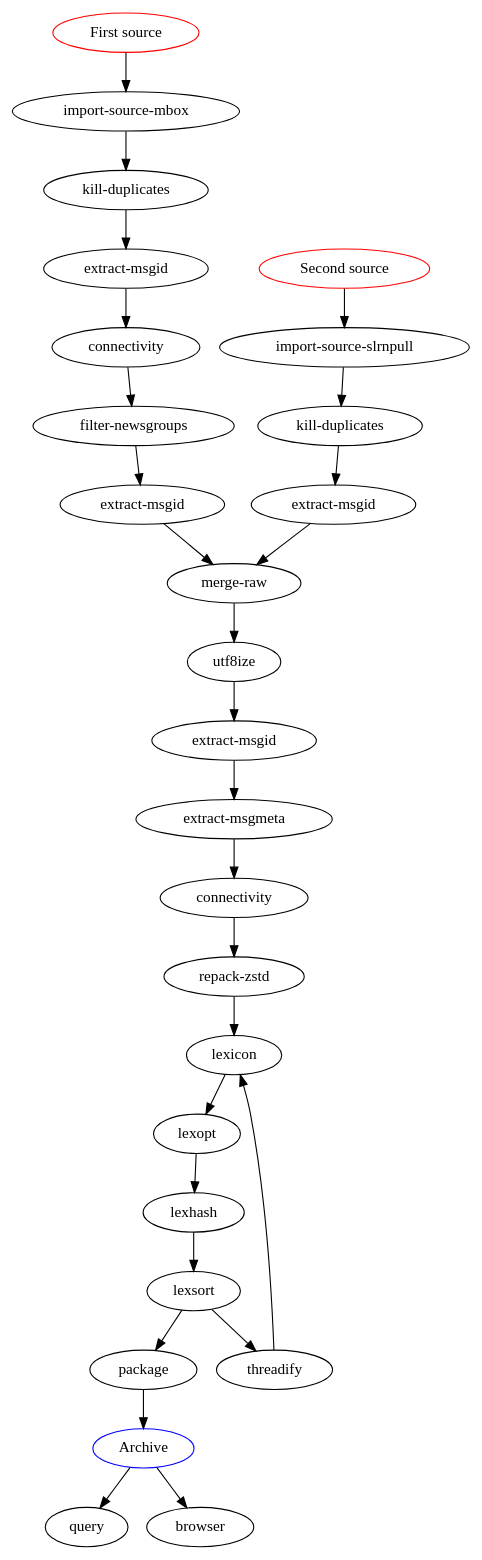
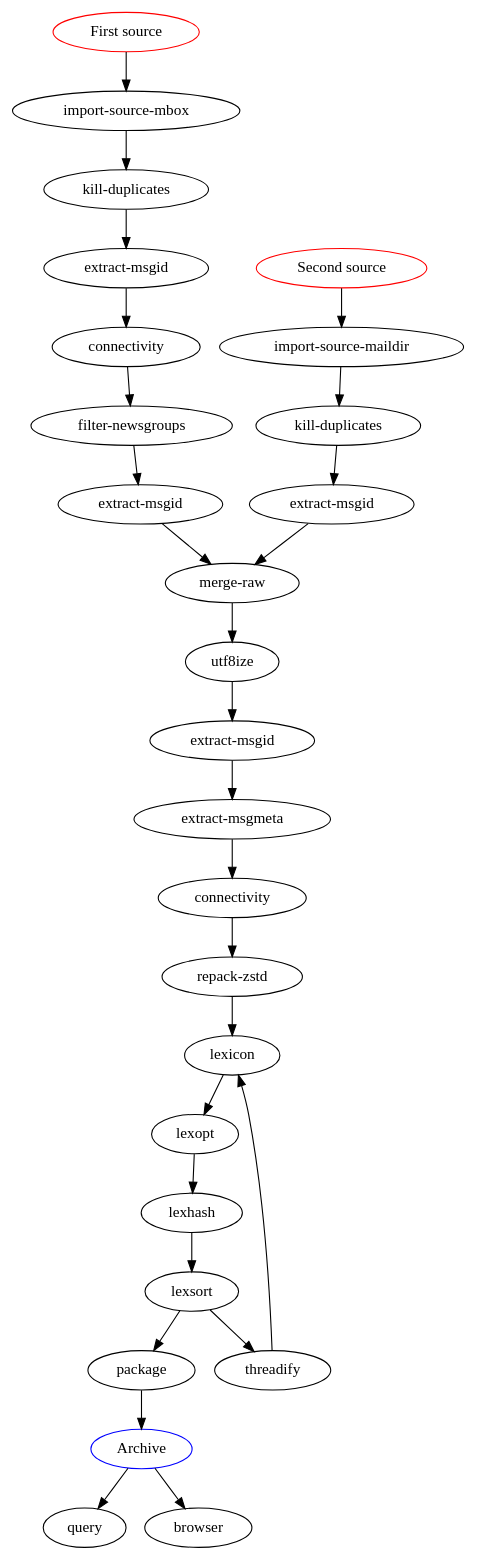
Before and after one commit to wolfpld/usenetarchive: the diagram in doc/pipeline.dot, drawn with Graphviz. The commit also changed 23 other files, not shown here.

Commit message:
Rename import-source-slrnpull to import-source-maildir.

```diff
--- a/doc/pipeline.dot
+++ b/doc/pipeline.dot
@@ -1,50 +1,50 @@
 digraph
 {
     src1[label="First source", color=red];
     src2[label="Second source", color=red];
     dst1[label="Archive", color=blue];
 
     mbox[label="import-source-mbox"];
-    slrnpull[label="import-source-slrnpull"];
+    maildir[label="import-source-maildir"];
 
     kill1[label="kill-duplicates"];
     kill2[label="kill-duplicates"];
 
     msgid1[label="extract-msgid"];
     msgid2[label="extract-msgid"];
     msgid3[label="extract-msgid"];
     msgid4[label="extract-msgid"];
     conn2[label="connectivity"];
 
     filter[label="filter-newsgroups"];
     merge[label="merge-raw"];
     msgmeta[label="extract-msgmeta"];
     repack[label="repack-zstd"];
 
     src1 -> mbox;
-    src2 -> slrnpull;
+    src2 -> maildir;
     mbox -> kill1;
-    slrnpull -> kill2;
+    maildir -> kill2;
     kill1 -> msgid4;
     msgid4 -> conn2;
     conn2 -> filter;
     filter -> msgid1;
     kill2 -> msgid2;
     msgid1 -> merge;
     msgid2 -> merge;
     merge -> utf8ize;
     utf8ize -> msgid3;
     msgid3 -> msgmeta;
     msgmeta -> connectivity;
     connectivity -> repack;
     repack -> lexicon;
     lexicon -> lexopt;
     lexopt -> lexhash;
     lexhash -> lexsort;
     lexsort -> package;
     package -> dst1;
     dst1 -> query;
     dst1 -> browser;
     lexsort -> threadify;
     threadify -> lexicon;
 }
```
